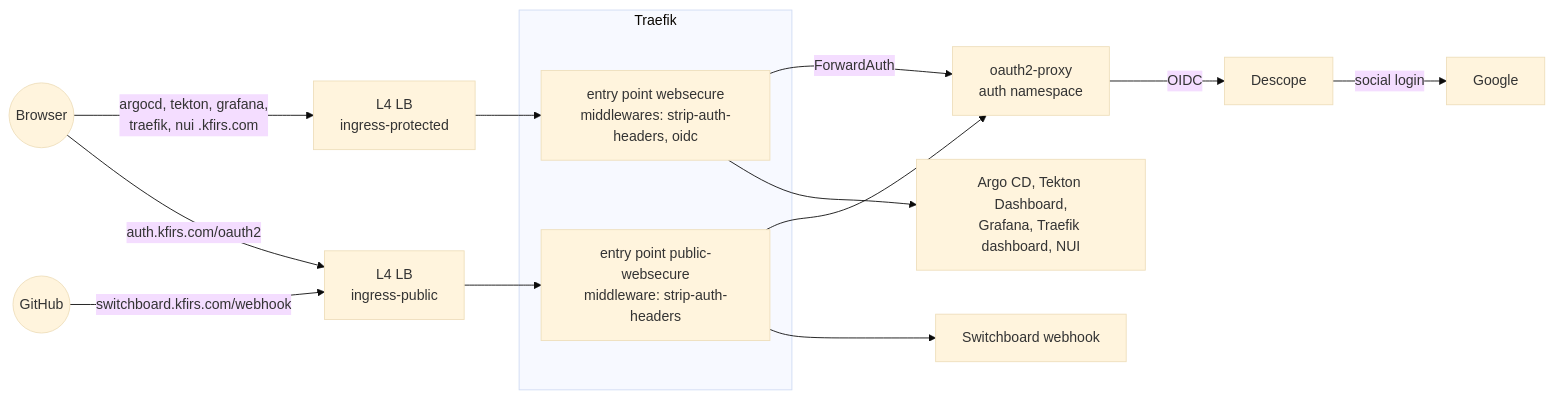
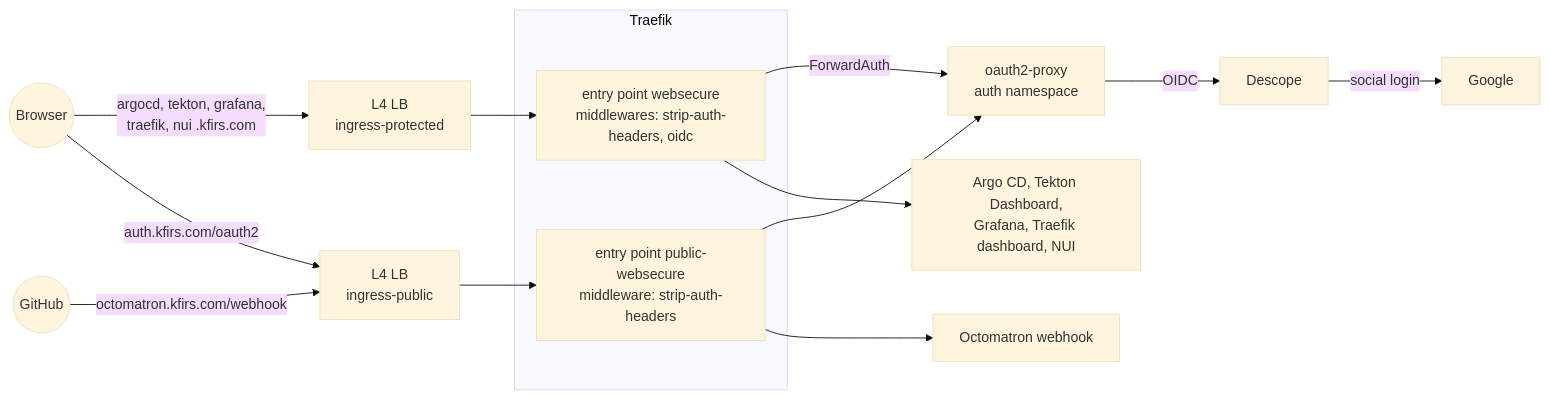
One commit to arikkfir-org/docs changed the first of 2 diagrams in hub/designs/phase-3-ingress-and-auth.md. Above: the diagram before and after it, drawn with Mermaid (base theme). The commit also changed other lines of this file and 13 other files, not shown here.

First line of the commit message:
docs(hub): rename Switchboard to Octomatron

````diff
--- a/hub/designs/phase-3-ingress-and-auth.md
+++ b/hub/designs/phase-3-ingress-and-auth.md
@@ -9,18 +9,18 @@
 ```mermaid
 flowchart LR
   U((Browser)) -- "argocd, tekton, grafana,<br/>traefik, nui .kfirs.com" --> P[L4 LB<br/>ingress-protected]
-  G((GitHub)) -- switchboard.kfirs.com/webhook --> Q[L4 LB<br/>ingress-public]
+  G((GitHub)) -- octomatron.kfirs.com/webhook --> Q[L4 LB<br/>ingress-public]
   U -- auth.kfirs.com/oauth2 --> Q
   subgraph traefik[Traefik]
     WS[entry point websecure<br/>middlewares: strip-auth-headers, oidc]
     PW[entry point public-websecure<br/>middleware: strip-auth-headers]
   end
   P --> WS
   Q --> PW
   WS -- ForwardAuth --> O[oauth2-proxy<br/>auth namespace]
   WS --> APPS[Argo CD, Tekton Dashboard,<br/>Grafana, Traefik dashboard, NUI]
   PW --> O
-  PW --> SB[Switchboard webhook]
+  PW --> SB[Octomatron webhook]
   O -- OIDC --> D[Descope]
   D -- social login --> GO[Google]
 ```
````
